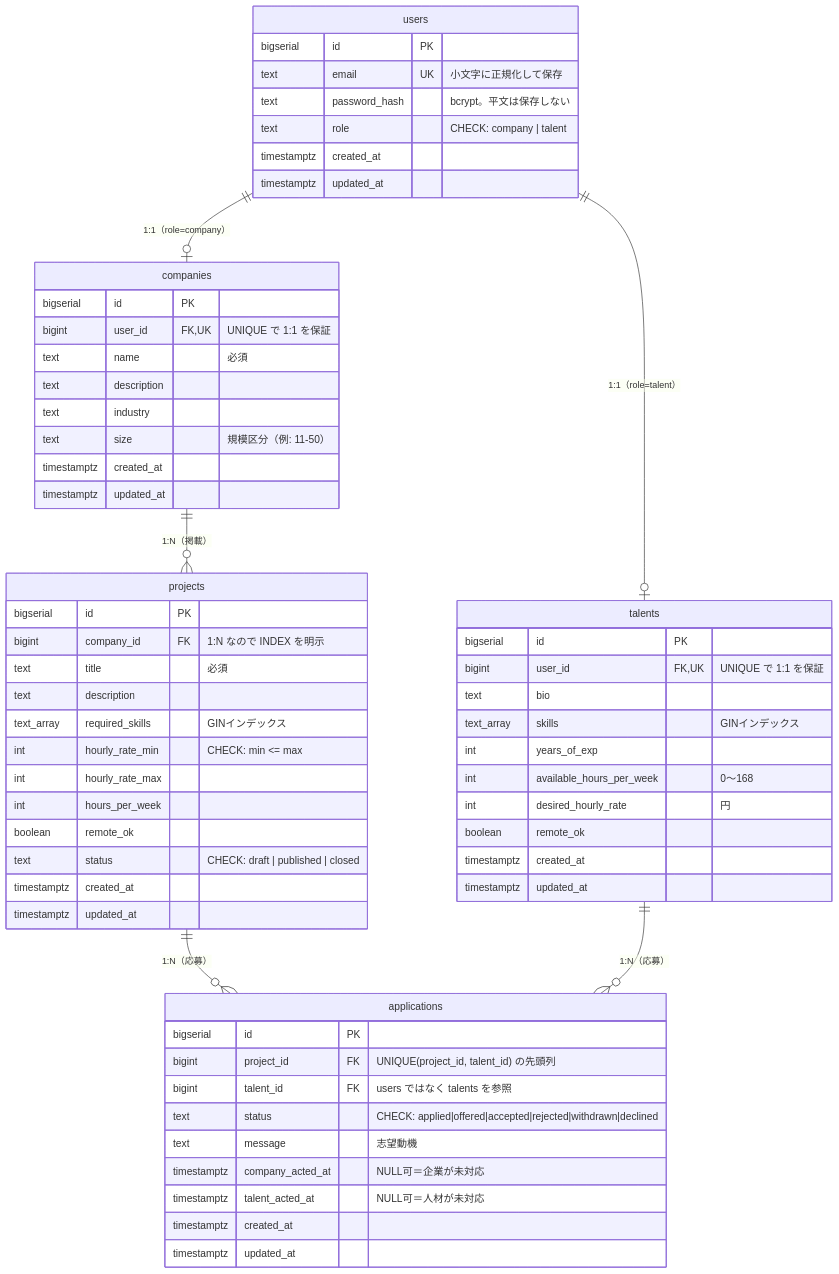
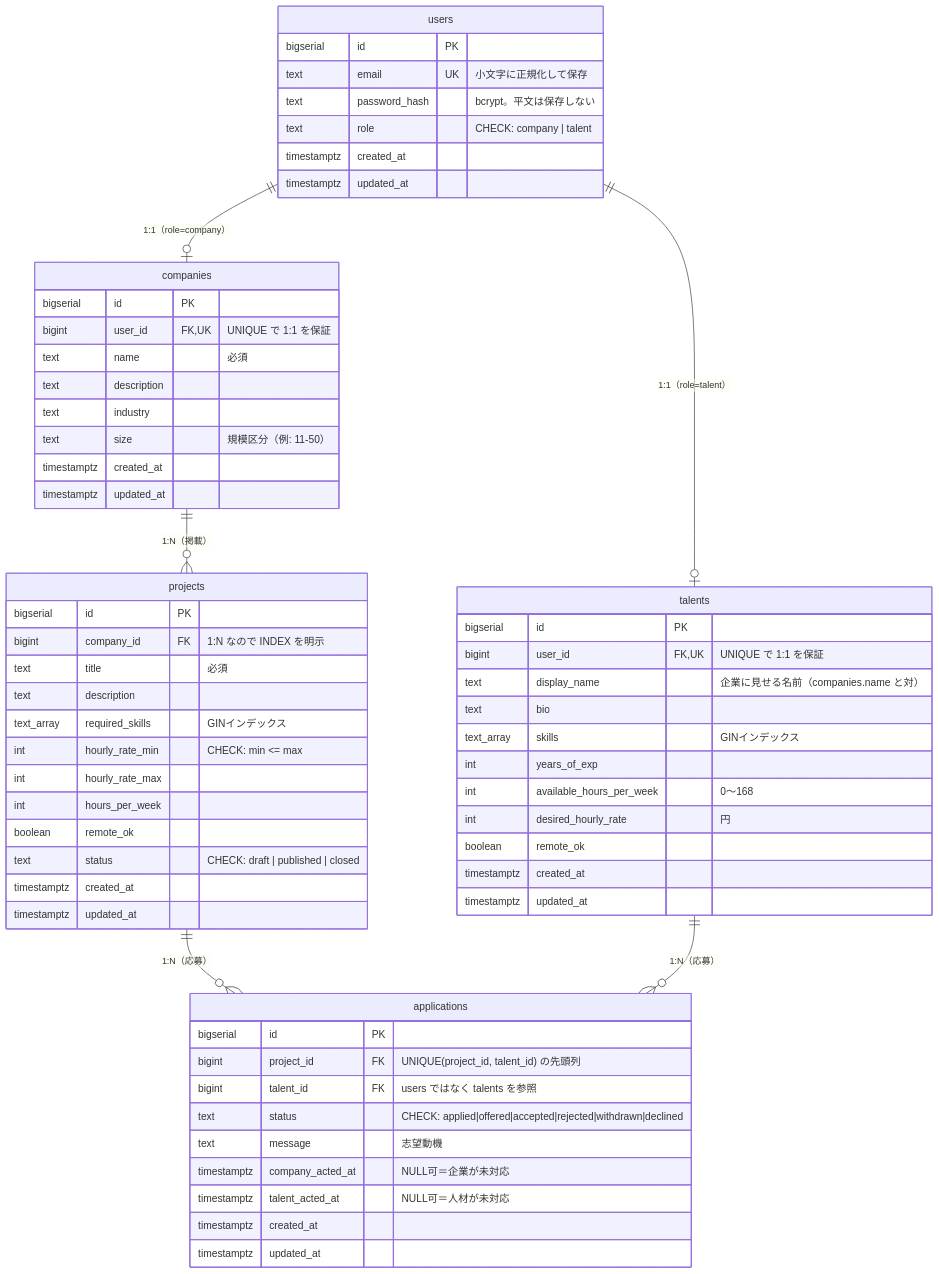
Before and after one commit to masa-devx/it-matching-service-clean-architecture: the first of 3 diagrams in docs/データ設計.md, drawn with Mermaid. The commit also changed other lines of this file and 1 other file, not shown here.

````diff
--- a/docs/データ設計.md
+++ b/docs/データ設計.md
@@ -8,68 +8,69 @@
 ```mermaid
 erDiagram
     users ||--o| companies : "1:1（role=company）"
     users ||--o| talents : "1:1（role=talent）"
     companies ||--o{ projects : "1:N（掲載）"
     projects ||--o{ applications : "1:N（応募）"
     talents ||--o{ applications : "1:N（応募）"
 
     users {
         bigserial id PK
         text email UK "小文字に正規化して保存"
         text password_hash "bcrypt。平文は保存しない"
         text role "CHECK: company | talent"
         timestamptz created_at
         timestamptz updated_at
     }
 
     companies {
         bigserial id PK
         bigint user_id FK,UK "UNIQUE で 1:1 を保証"
         text name "必須"
         text description
         text industry
         text size "規模区分（例: 11-50）"
         timestamptz created_at
         timestamptz updated_at
     }
 
     talents {
         bigserial id PK
         bigint user_id FK,UK "UNIQUE で 1:1 を保証"
+        text display_name "企業に見せる名前（companies.name と対）"
         text bio
         text_array skills "GINインデックス"
         int years_of_exp
         int available_hours_per_week "0〜168"
         int desired_hourly_rate "円"
         boolean remote_ok
         timestamptz created_at
         timestamptz updated_at
     }
 
     projects {
         bigserial id PK
         bigint company_id FK "1:N なので INDEX を明示"
         text title "必須"
         text description
         text_array required_skills "GINインデックス"
         int hourly_rate_min "CHECK: min <= max"
         int hourly_rate_max
         int hours_per_week
         boolean remote_ok
         text status "CHECK: draft | published | closed"
         timestamptz created_at
         timestamptz updated_at
     }
 
     applications {
         bigserial id PK
         bigint project_id FK "UNIQUE(project_id, talent_id) の先頭列"
         bigint talent_id FK "users ではなく talents を参照"
         text status "CHECK: applied|offered|accepted|rejected|withdrawn|declined"
         text message "志望動機"
         timestamptz company_acted_at "NULL可＝企業が未対応"
         timestamptz talent_acted_at "NULL可＝人材が未対応"
         timestamptz created_at
         timestamptz updated_at
     }
 ```
````
